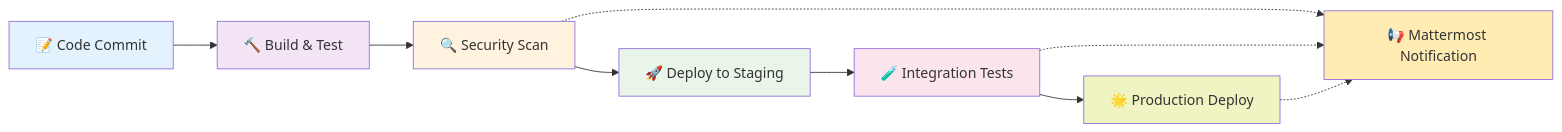
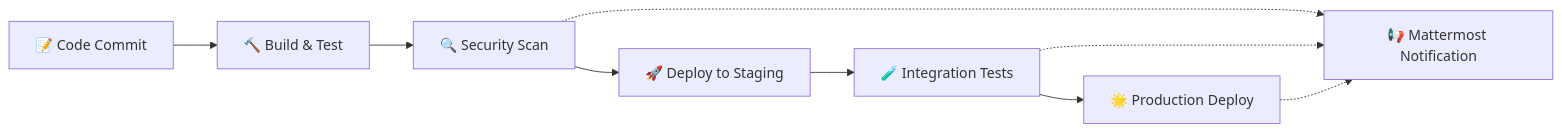
Before and after one commit to bayuirsad26/ansible-thesis: the fifth of 5 diagrams in README.md, drawn with Mermaid. The commit also changed other lines of this file and 6 other files, not shown here.

````diff
--- a/README.md
+++ b/README.md
@@ -763,20 +616,12 @@
 ```mermaid
 graph LR
     Code[📝 Code Commit] --> Build[🔨 Build & Test]
     Build --> Security[🔍 Security Scan]
     Security --> Deploy[🚀 Deploy to Staging]
     Deploy --> Test[🧪 Integration Tests]
     Test --> Prod[🌟 Production Deploy]
     
     Security -.-> Notify[📢 Mattermost Notification]
     Test -.-> Notify
     Prod -.-> Notify
-    
-    style Code fill:#e3f2fd
-    style Build fill:#f3e5f5
-    style Security fill:#fff3e0
-    style Deploy fill:#e8f5e8
-    style Test fill:#fce4ec
-    style Prod fill:#f0f4c3
-    style Notify fill:#ffecb3
 ```
````
